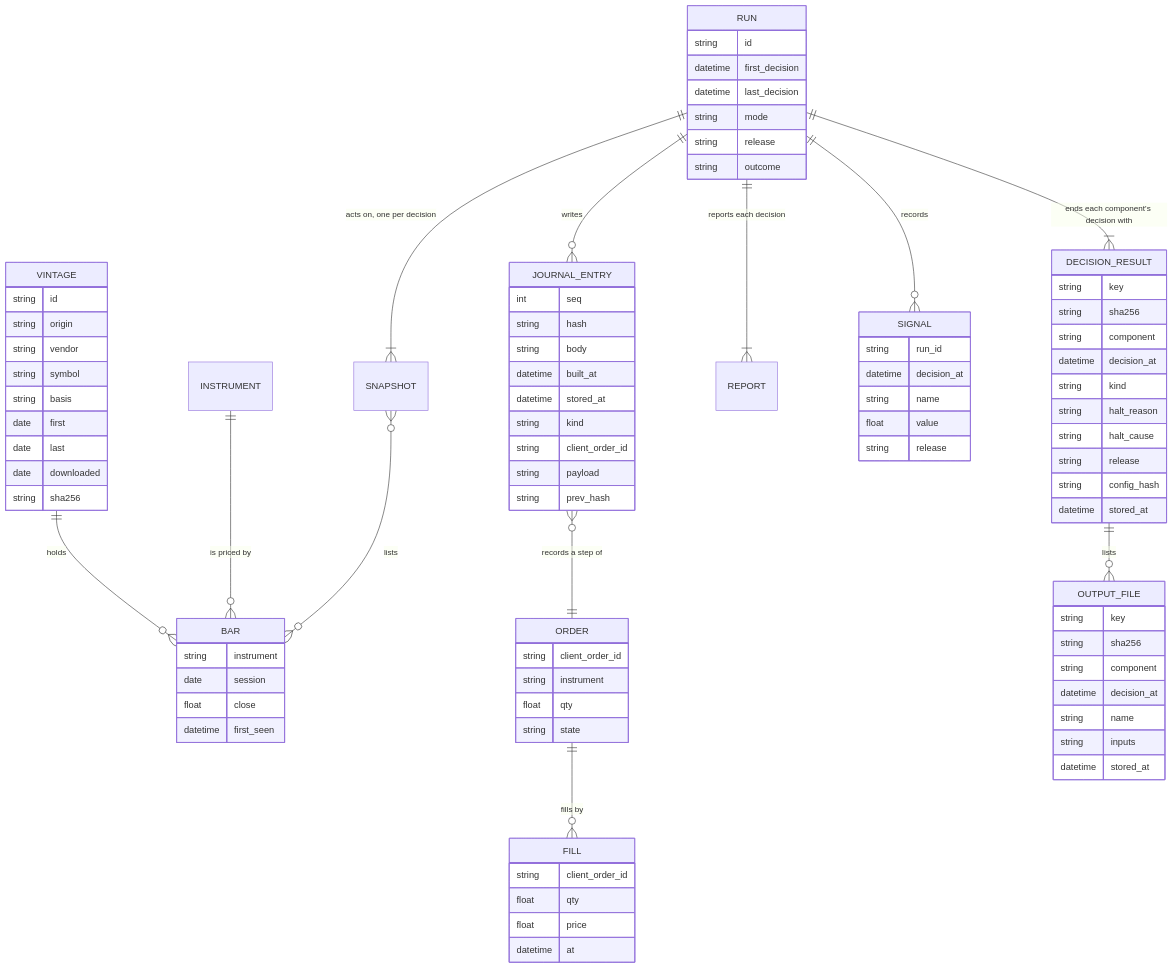
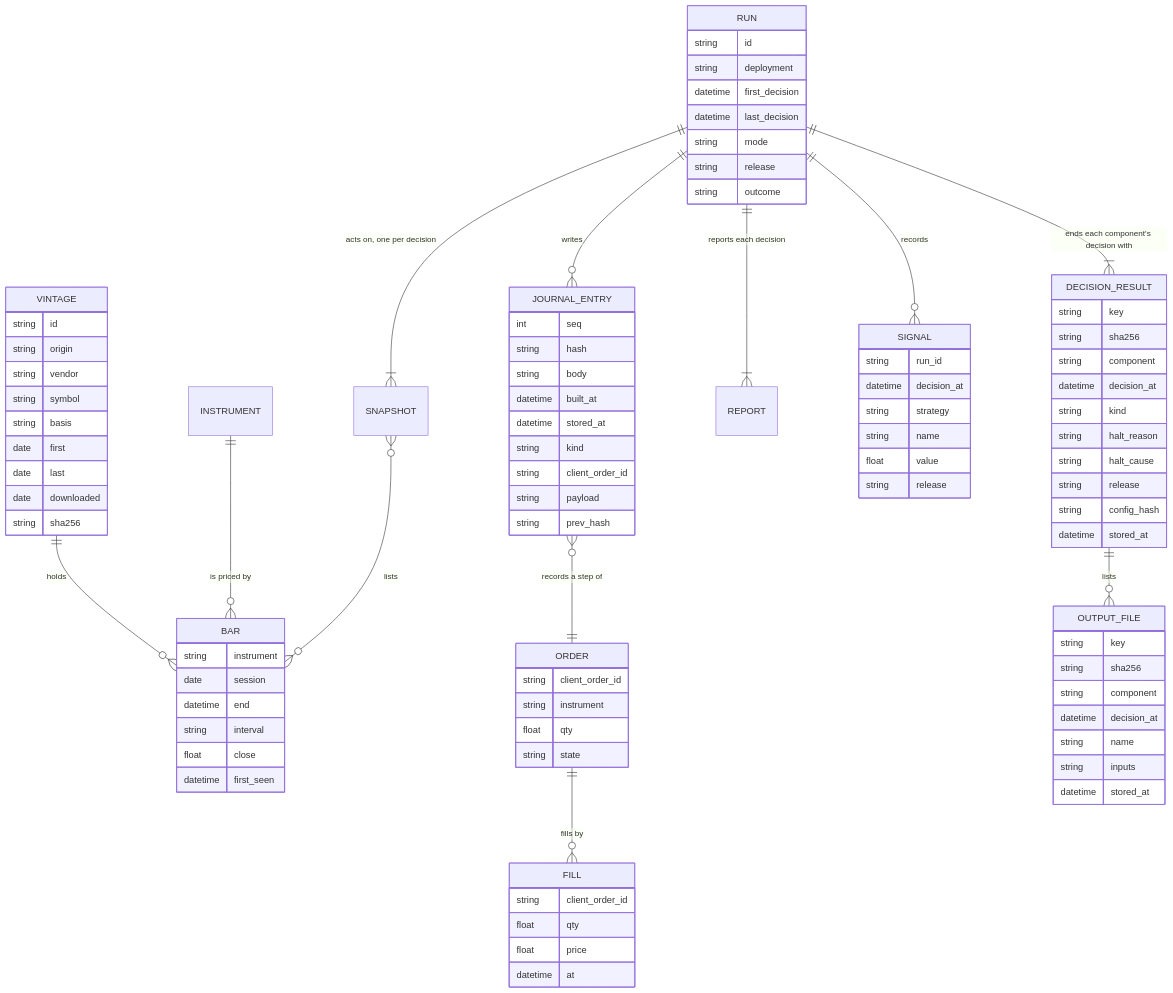
Diagram 14 of 16 in docs/architecture.md (l3a0/ithildin-runtime), drawn with Mermaid before and after one commit. The commit also changed other lines of this file and 2 other files, not shown here.

First line of the commit message:
docs(design): fix the review of the any-time, any-frequency, any-strategy rulings

```diff
--- a/docs/architecture.md
+++ b/docs/architecture.md
@@ -1342,11 +1362,14 @@
     BAR {
         string instrument
         date session
+        datetime end
+        string interval
         float close
         datetime first_seen
     }
     RUN {
         string id
+        string deployment
         datetime first_decision
         datetime last_decision
         string mode
@@ -1356,6 +1379,7 @@
     SIGNAL {
         string run_id
         datetime decision_at
+        string strategy
         string name
         float value
         string release
```
